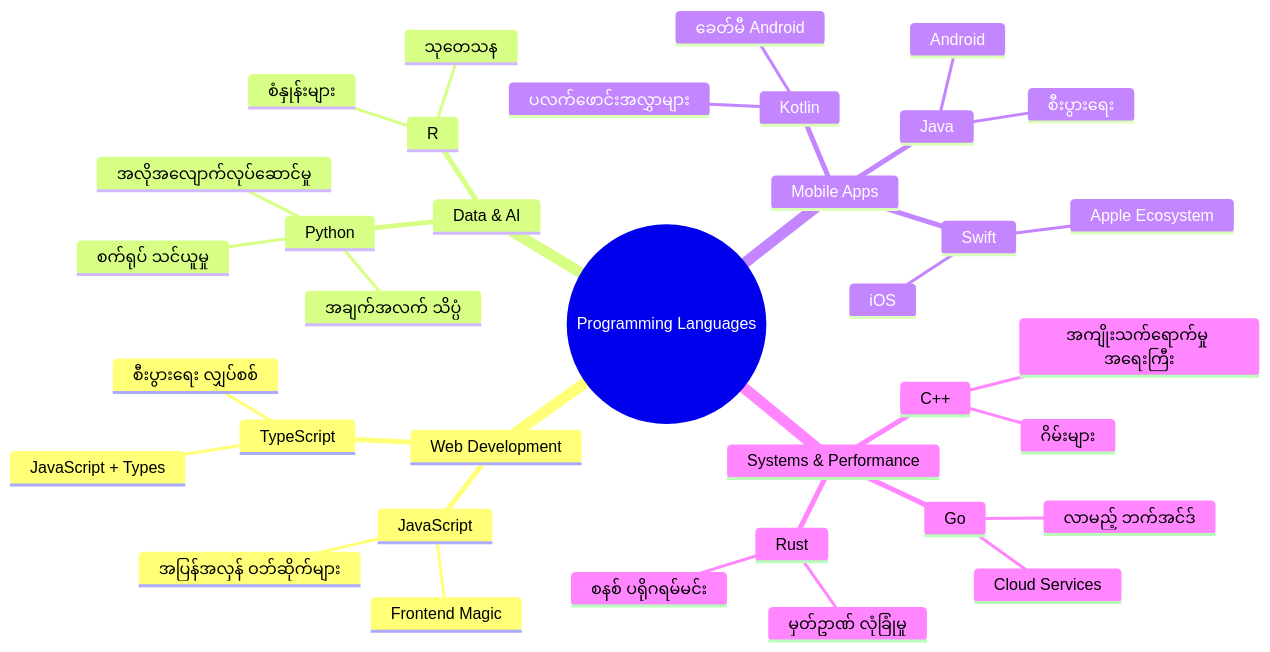
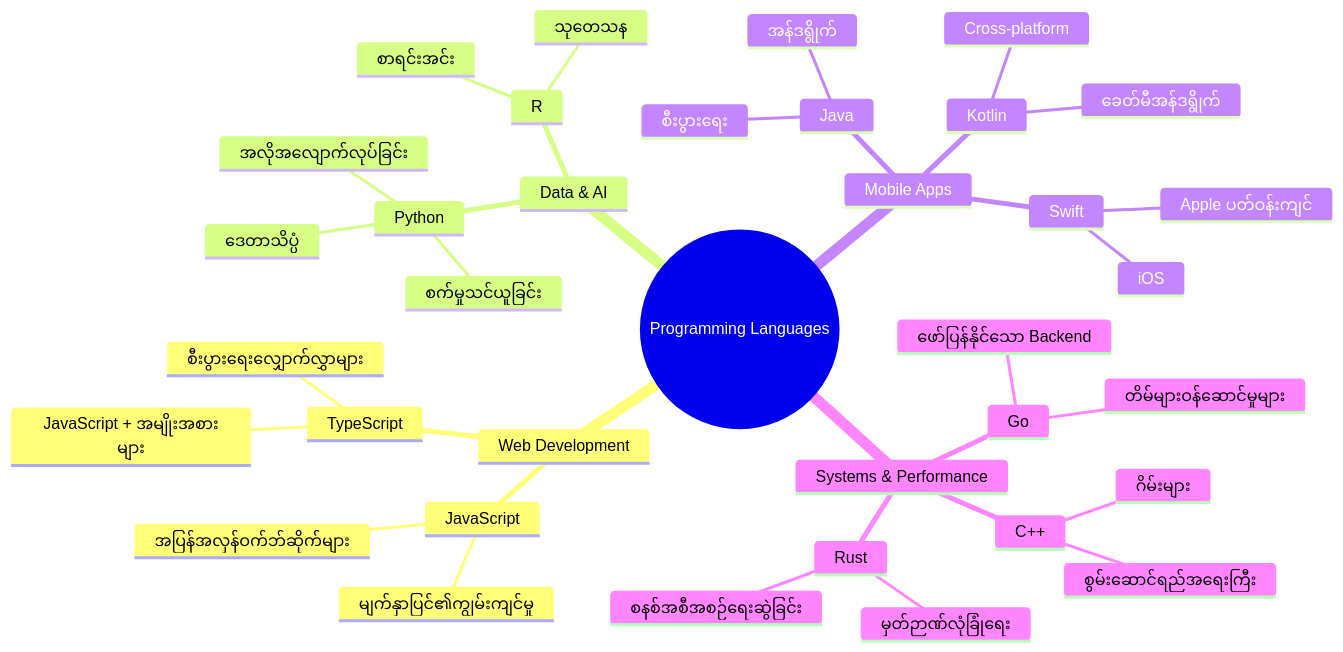
Before and after one commit to microsoft/Web-Dev-For-Beginners: the second of 7 diagrams in translations/my/1-getting-started-lessons/1-intro-to-programming-languages/README.md, drawn with Mermaid. The commit also changed other lines of this file and 8 other files, not shown here.

````diff
--- a/translations/my/1-getting-started-lessons/1-intro-to-programming-languages/README.md
+++ b/translations/my/1-getting-started-lessons/1-intro-to-programming-languages/README.md
@@ -85,39 +85,39 @@
 ```mermaid
 mindmap
   root((Programming Languages))
     Web Development
       JavaScript
-        Frontend Magic
-        အပြန်အလှန် ဝဘ်ဆိုက်များ
+        မျက်နှာပြင်၏ကျွမ်းကျင်မှု
+        အပြန်အလှန်ဝက်ဘ်ဆိုက်များ
       TypeScript
-        JavaScript + Types
-        စီးပွားရေး လျှပ်စစ်
+        JavaScript + အမျိုးအစားများ
+        စီးပွားရေးလျှောက်လွှာများ
     Data & AI
       Python
-        အချက်အလက် သိပ္ပံ
-        စက်ရုပ် သင်ယူမှု
-        အလိုအလျောက်လုပ်ဆောင်မှု
+        ဒေတာသိပ္ပံ
+        စက်မှုသင်ယူခြင်း
+        အလိုအလျောက်လုပ်ခြင်း
       R
-        စံနှုန်းများ
+        စာရင်းအင်း
         သုတေသန
     Mobile Apps
       Java
-        Android
+        အန်ဒရွိုက်
         စီးပွားရေး
       Swift
         iOS
-        Apple Ecosystem
+        Apple ပတ်ဝန်းကျင်
       Kotlin
-        ခေတ်မီ Android
-        ပလက်ဖောင်းအလွှာများ
+        ခေတ်မီအန်ဒရွိုက်
+        Cross-platform
     Systems & Performance
       C++
         ဂိမ်းများ
-        အကျိုးသက်ရောက်မှု အရေးကြီး
+        စွမ်းဆောင်ရည်အရေးကြီး
       Rust
-        မှတ်ဥာဏ် လုံခြုံမှု
-        စနစ် ပရိုဂရမ်မင်း
+        မှတ်ဉာဏ်လုံခြုံရေး
+        စနစ်အစီအစဉ်ရေးဆွဲခြင်း
       Go
-        Cloud Services
-        လာမည့် ဘက်အင်ဒ်
+        တိမ်များဝန်ဆောင်မှုများ
+        ဖော်ပြန်နိုင်သော Backend
 ```
````
